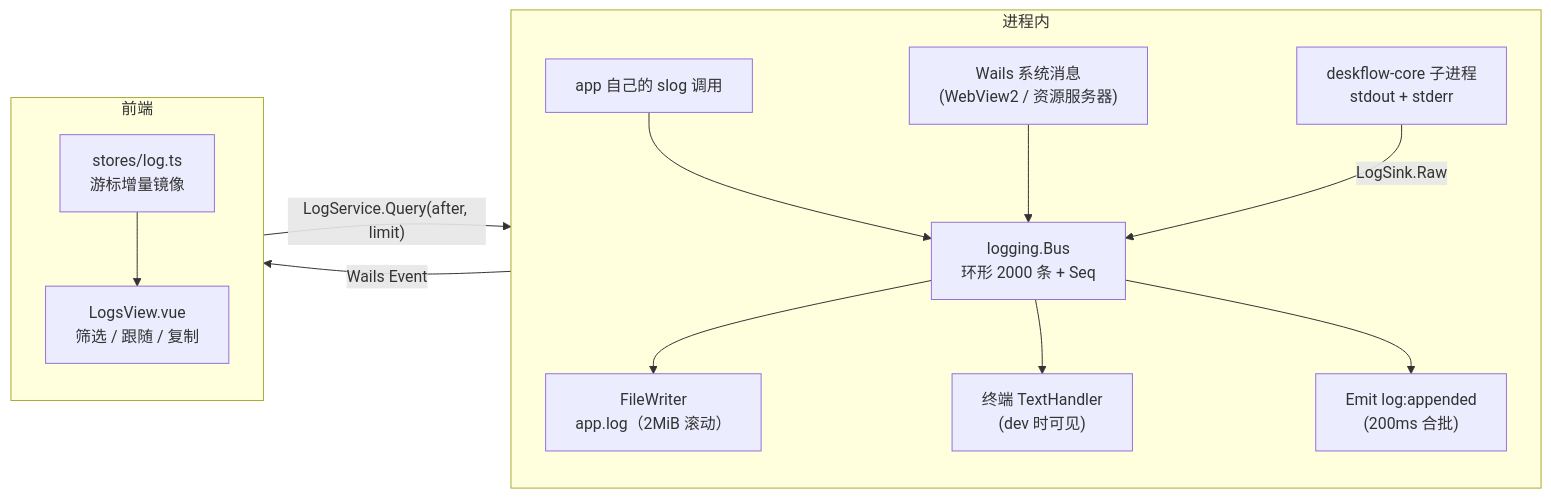
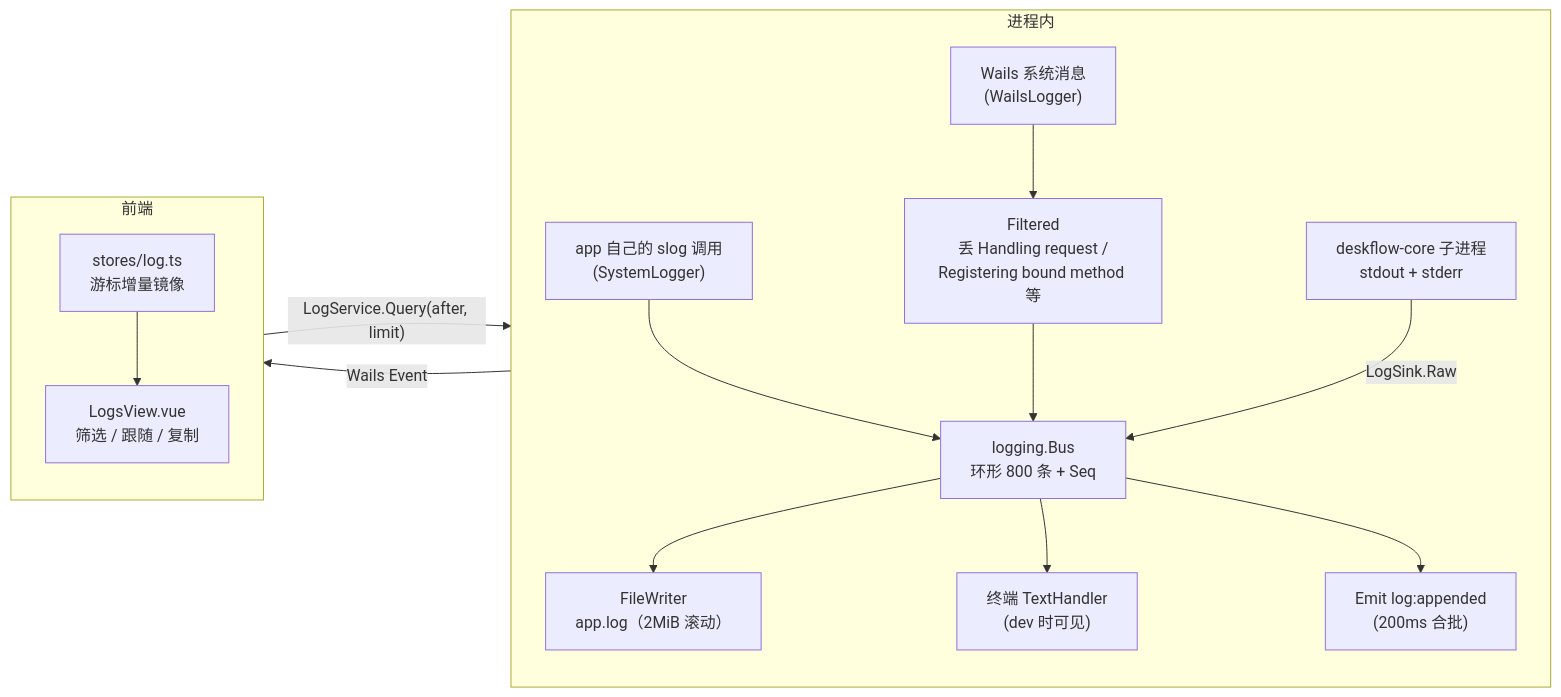
One commit to znahovo/switch_display changed the seventh of 7 diagrams in docs/architecture.md. Above: the diagram before and after it, drawn with Mermaid. The commit also changed other lines of this file and 11 other files, not shown here.

````diff
--- a/docs/architecture.md
+++ b/docs/architecture.md
@@ -739,28 +739,30 @@
 ```mermaid
 flowchart LR
     subgraph P["进程内"]
         direction TB
-        A["app 自己的 slog 调用"]
-        W["Wails 系统消息<br/>(WebView2 / 资源服务器)"]
+        A["app 自己的 slog 调用<br/>(SystemLogger)"]
+        W["Wails 系统消息<br/>(WailsLogger)"]
+        F2["Filtered<br/>丢 Handling request /<br/>Registering bound method 等"]
         D["deskflow-core 子进程<br/>stdout + stderr"]
-        B["logging.Bus<br/>环形 2000 条 + Seq"]
+        B["logging.Bus<br/>环形 800 条 + Seq"]
         F["FileWriter<br/>app.log（2MiB 滚动）"]
         T["终端 TextHandler<br/>(dev 时可见)"]
         E["Emit log:appended<br/>(200ms 合批)"]
     end
     subgraph UI["前端"]
         direction TB
         S["stores/log.ts<br/>游标增量镜像"]
         V["LogsView.vue<br/>筛选 / 跟随 / 复制"]
     end
 
     A --> B
-    W --> B
+    W --> F2
+    F2 --> B
     D -->|"LogSink.Raw"| B
     B --> F
     B --> T
     B --> E
     E -->|"Wails Event"| S
     V -->|"LogService.Query(after, limit)"| B
     S --> V
 ```
````
